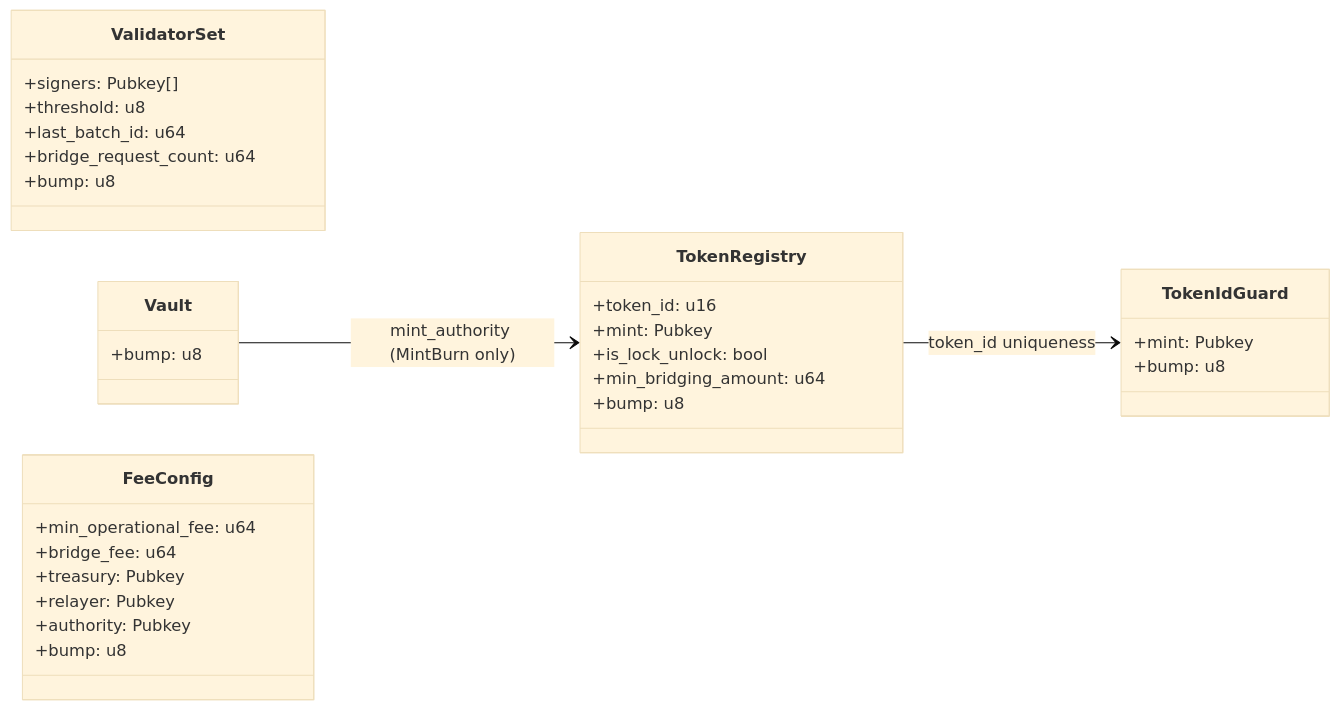
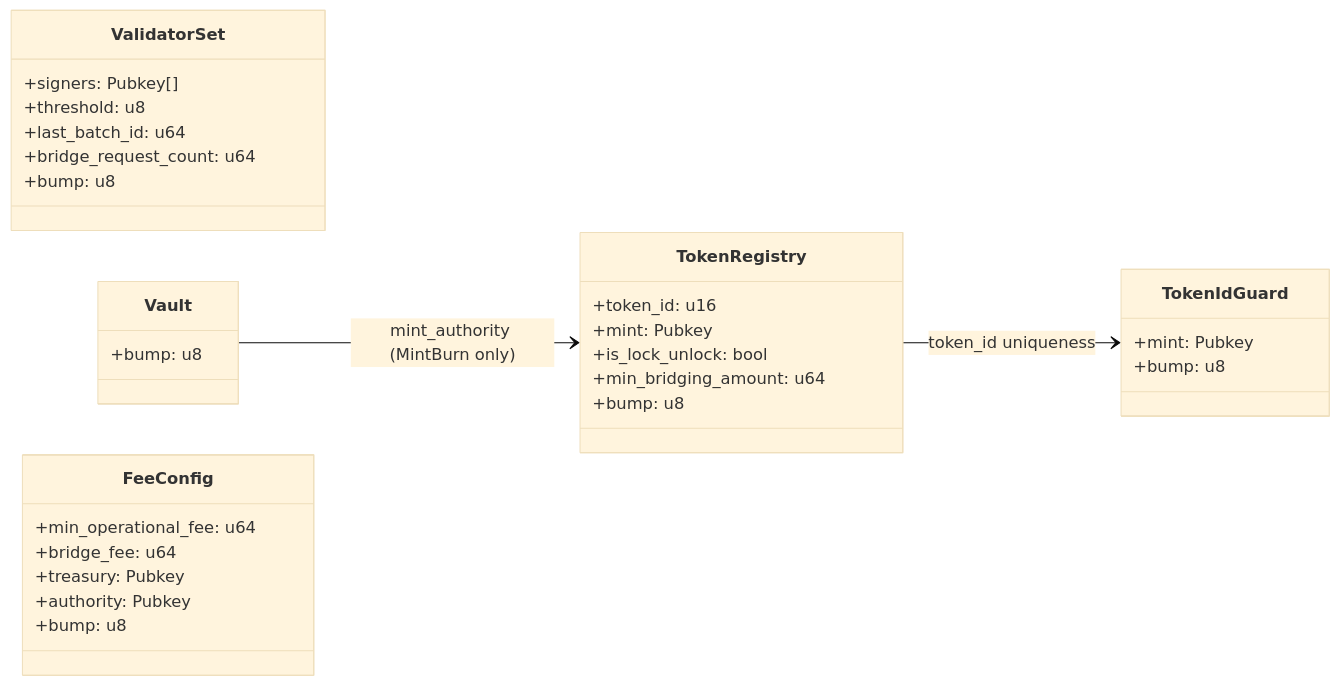
One commit to Ethernal-Tech/skyline-solana-programs changed the second of 2 diagrams in programs/skyline-program/README.md. Above: the diagram before and after it, drawn with Mermaid (base theme). The commit also changed other lines of this file and 15 other files, not shown here.

````diff
--- a/programs/skyline-program/README.md
+++ b/programs/skyline-program/README.md
@@ -163,41 +162,40 @@
 ```mermaid
 classDiagram
   direction LR
 
   class ValidatorSet {
     +signers: Pubkey[]
     +threshold: u8
     +last_batch_id: u64
     +bridge_request_count: u64
     +bump: u8
   }
 
   class Vault {
     +bump: u8
   }
 
   class FeeConfig {
     +min_operational_fee: u64
     +bridge_fee: u64
     +treasury: Pubkey
-    +relayer: Pubkey
     +authority: Pubkey
     +bump: u8
   }
 
   class TokenRegistry {
     +token_id: u16
     +mint: Pubkey
     +is_lock_unlock: bool
     +min_bridging_amount: u64
     +bump: u8
   }
 
   class TokenIdGuard {
     +mint: Pubkey
     +bump: u8
   }
 
   Vault --> TokenRegistry : mint_authority (MintBurn only)
   TokenRegistry --> TokenIdGuard : token_id uniqueness
 ```
````
